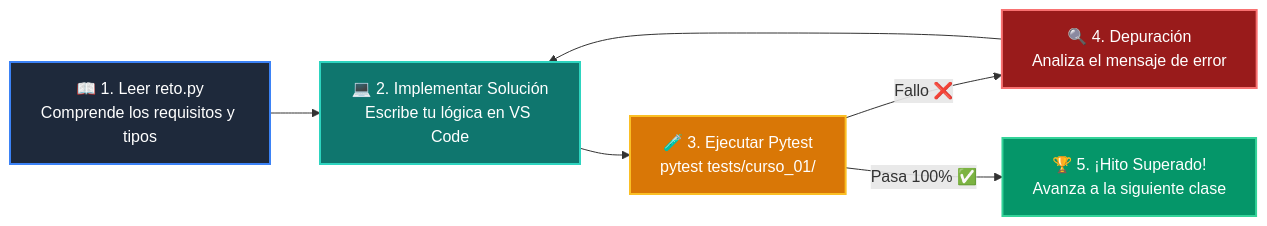
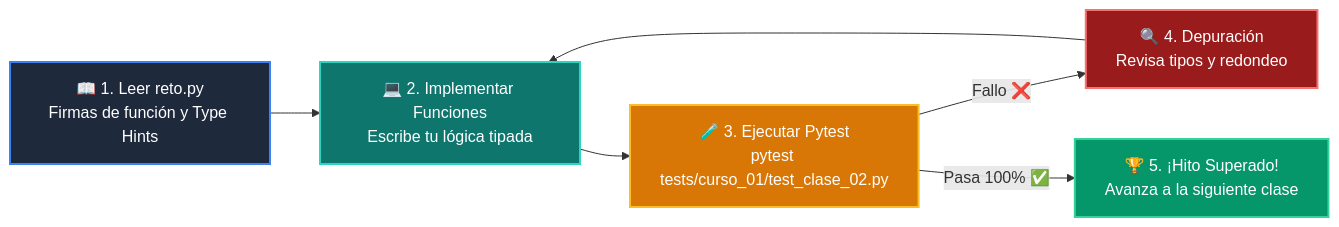
One commit to wisrovi/wisrovi-python changed the diagram in 01-fundamentos-python/clase-02-variables-y-tipos/ejercicios/README.md. Above: the diagram before and after it, drawn with Mermaid. The commit also changed other lines of this file and 38 other files, not shown here.

Commit message:
feat(clase-02): reforzar funciones con Type Hints (PEP 484), 6 ejemplos modulares y release v2.0.1

````diff
--- a/01-fundamentos-python/clase-02-variables-y-tipos/ejercicios/README.md
+++ b/01-fundamentos-python/clase-02-variables-y-tipos/ejercicios/README.md
@@ -20,14 +23,14 @@
 ```mermaid
 flowchart LR
-    A["📖 1. Leer reto.py<br/>Comprende los requisitos y tipos"] --> B["💻 2. Implementar Solución<br/>Escribe tu lógica en VS Code"]
-    B --> C["🧪 3. Ejecutar Pytest<br/>pytest tests/curso_01/"]
-    C -->|Fallo ❌| D["🔍 4. Depuración<br/>Analiza el mensaje de error"]
+    A["📖 1. Leer reto.py<br/>Firmas de función y Type Hints"] --> B["💻 2. Implementar Funciones<br/>Escribe tu lógica tipada"]
+    B --> C["🧪 3. Ejecutar Pytest<br/>pytest tests/curso_01/test_clase_02.py"]
+    C -->|Fallo ❌| D["🔍 4. Depuración<br/>Revisa tipos y redondeo"]
     D --> B
     C -->|Pasa 100% ✅| E["🏆 5. ¡Hito Superado!<br/>Avanza a la siguiente clase"]
 
     style A fill:#1e293b,color:#ffffff,stroke:#3b82f6,stroke-width:2px
     style B fill:#0f766e,color:#ffffff,stroke:#2dd4bf,stroke-width:2px
     style C fill:#d97706,color:#ffffff,stroke:#fbbf24,stroke-width:2px
     style D fill:#991b1b,color:#ffffff,stroke:#f87171,stroke-width:2px
     style E fill:#059669,color:#ffffff,stroke:#34d399,stroke-width:2px
 ```
````
